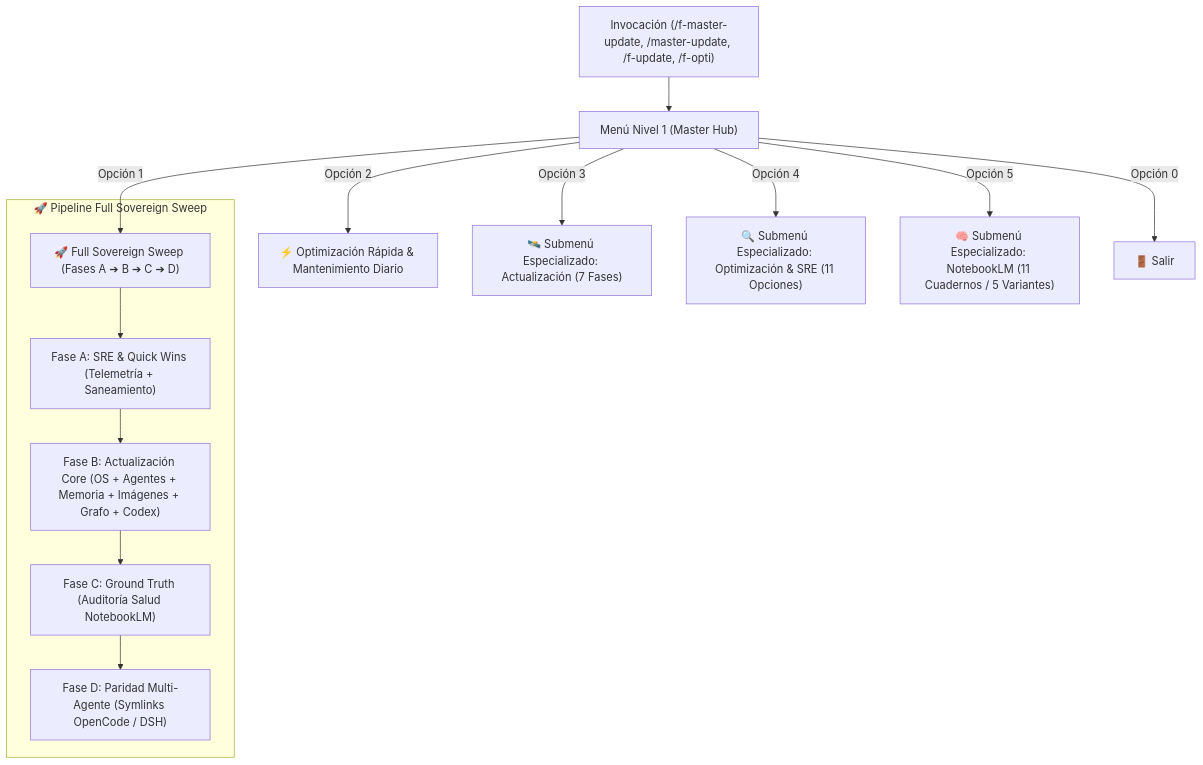
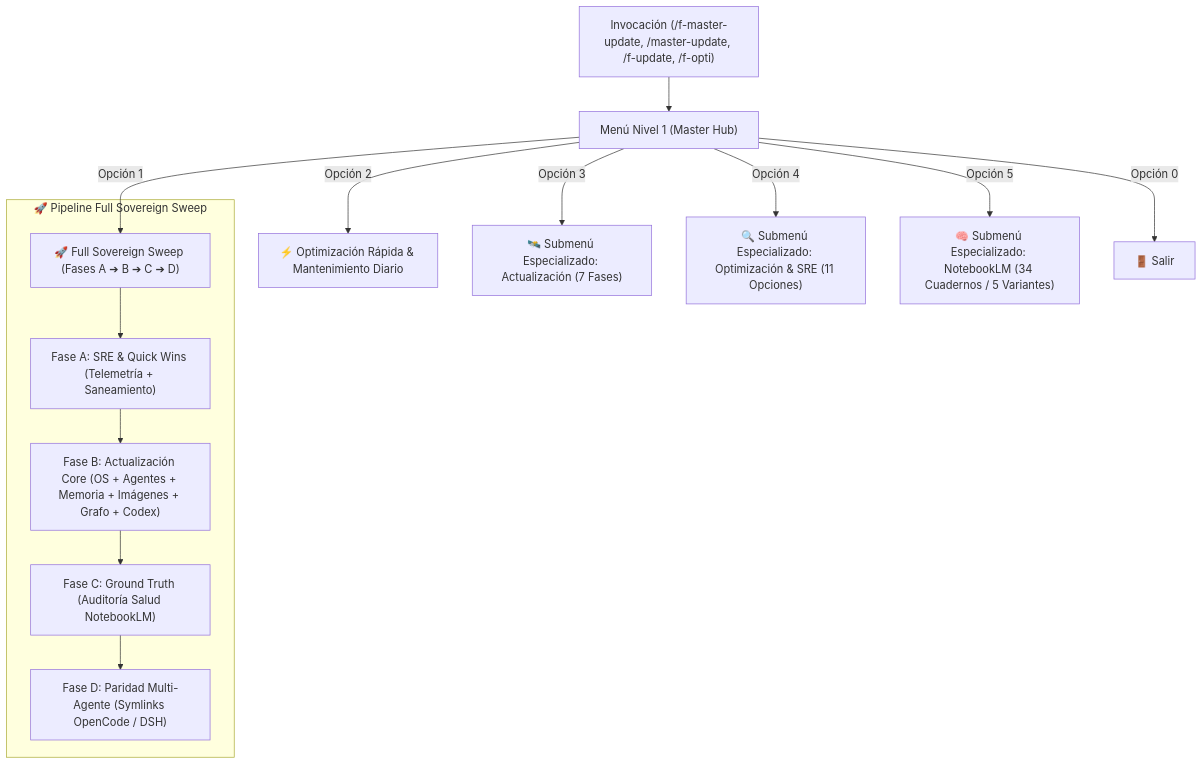
Before and after one commit to floydiamarkv-byte/floydia-agent-skills: the diagram in skills/f-master-update/SKILL.md, drawn with Mermaid. The commit also changed other lines of this file and 29 other files, not shown here.

````diff
--- a/skills/f-master-update/SKILL.md
+++ b/skills/f-master-update/SKILL.md
@@ -28,18 +32,18 @@
 ```mermaid
 graph TD
     Trigger["Invocación (/f-master-update, /master-update, /f-update, /f-opti)"] --> M1["Menú Nivel 1 (Master Hub)"]
 
     M1 -->|Opción 1| Sweep["🚀 Full Sovereign Sweep (Fases A ➔ B ➔ C ➔ D)"]
     M1 -->|Opción 2| Daily["⚡ Optimización Rápida & Mantenimiento Diario"]
     M1 -->|Opción 3| SubUpd["🛰️ Submenú Especializado: Actualización (7 Fases)"]
     M1 -->|Opción 4| SubOpt["🔍 Submenú Especializado: Optimización & SRE (11 Opciones)"]
-    M1 -->|Opción 5| SubNLM["🧠 Submenú Especializado: NotebookLM (11 Cuadernos / 5 Variantes)"]
+    M1 -->|Opción 5| SubNLM["🧠 Submenú Especializado: NotebookLM (34 Cuadernos / 5 Variantes)"]
     M1 -->|Opción 0| Exit["🚪 Salir"]
 
     subgraph "🚀 Pipeline Full Sovereign Sweep"
         Sweep --> FA["Fase A: SRE & Quick Wins (Telemetría + Saneamiento)"]
         FA --> FB["Fase B: Actualización Core (OS + Agentes + Memoria + Imágenes + Grafo + Codex)"]
         FB --> FC["Fase C: Ground Truth (Auditoría Salud NotebookLM)"]
         FC --> FD["Fase D: Paridad Multi-Agente (Symlinks OpenCode / DSH)"]
     end
 ```
````
